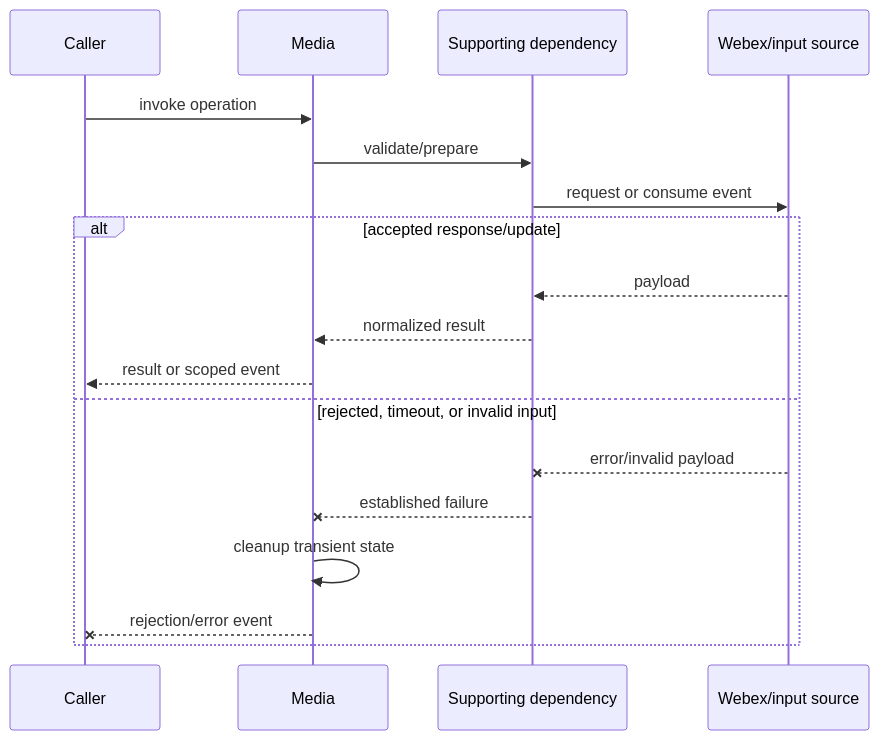
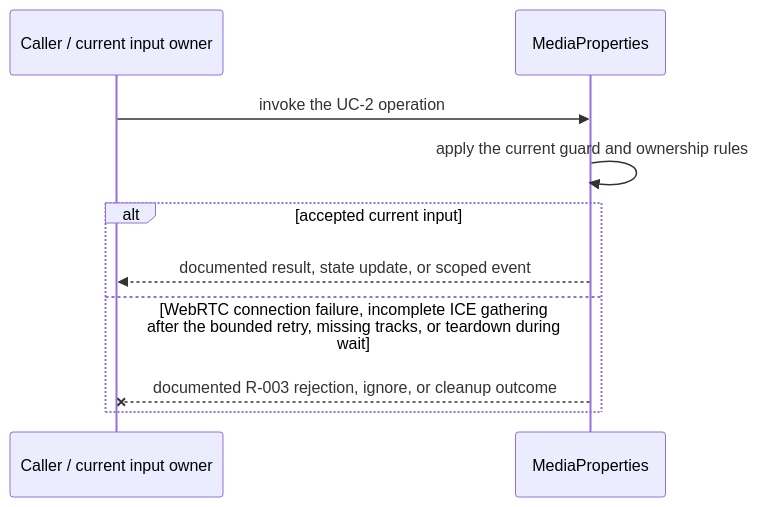
One commit to webex/webex-js-sdk changed the third of 4 diagrams in packages/@webex/plugin-meetings/src/media/ai-docs/media-spec.md. Above: the diagram before and after it, drawn with Mermaid. The commit also changed other lines of this file and 26 other files, not shown here.

````diff
--- a/packages/@webex/plugin-meetings/src/media/ai-docs/media-spec.md
+++ b/packages/@webex/plugin-meetings/src/media/ai-docs/media-spec.md
@@ -123,20 +147,12 @@
 ```mermaid
 sequenceDiagram
-  participant C as Caller
-  participant M as Media
-  participant D as Supporting dependency
-  participant W as Webex/input source
-  C->>M: invoke operation
-  M->>D: validate/prepare
-  D->>W: request or consume event
-  alt accepted response/update
-    W-->>D: payload
-    D-->>M: normalized result
-    M-->>C: result or scoped event
-  else rejected, timeout, or invalid input
-    W--xD: error/invalid payload
-    D--xM: established failure
-    M->>M: cleanup transient state
-    M--xC: rejection/error event
+  participant C as Caller / current input owner
+  participant M as MediaProperties
+  C->>M: invoke the UC-2 operation
+  M->>M: apply the current guard and ownership rules
+  alt accepted current input
+    M-->>C: documented result, state update, or scoped event
+  else WebRTC connection failure, incomplete ICE gathering after the bounded retry, missing tracks, or teardown during wait
+    M--xC: documented R-003 rejection, ignore, or cleanup outcome
   end
 ```
````
